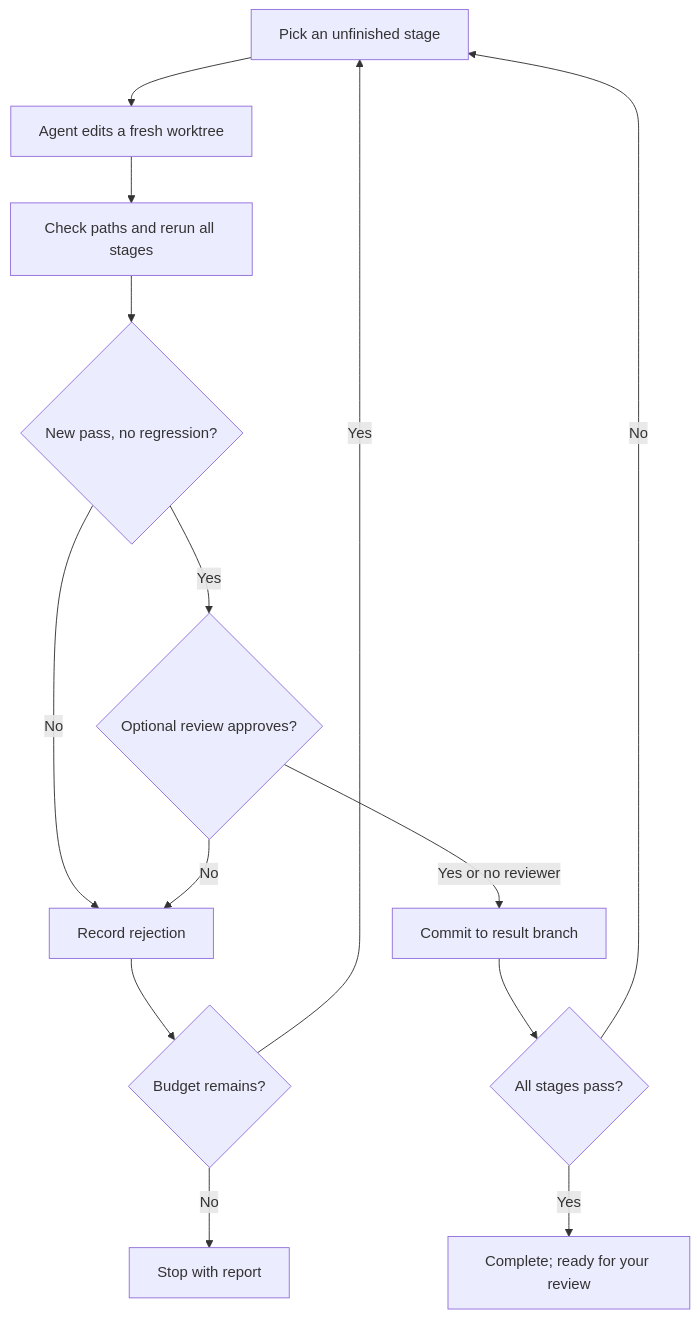
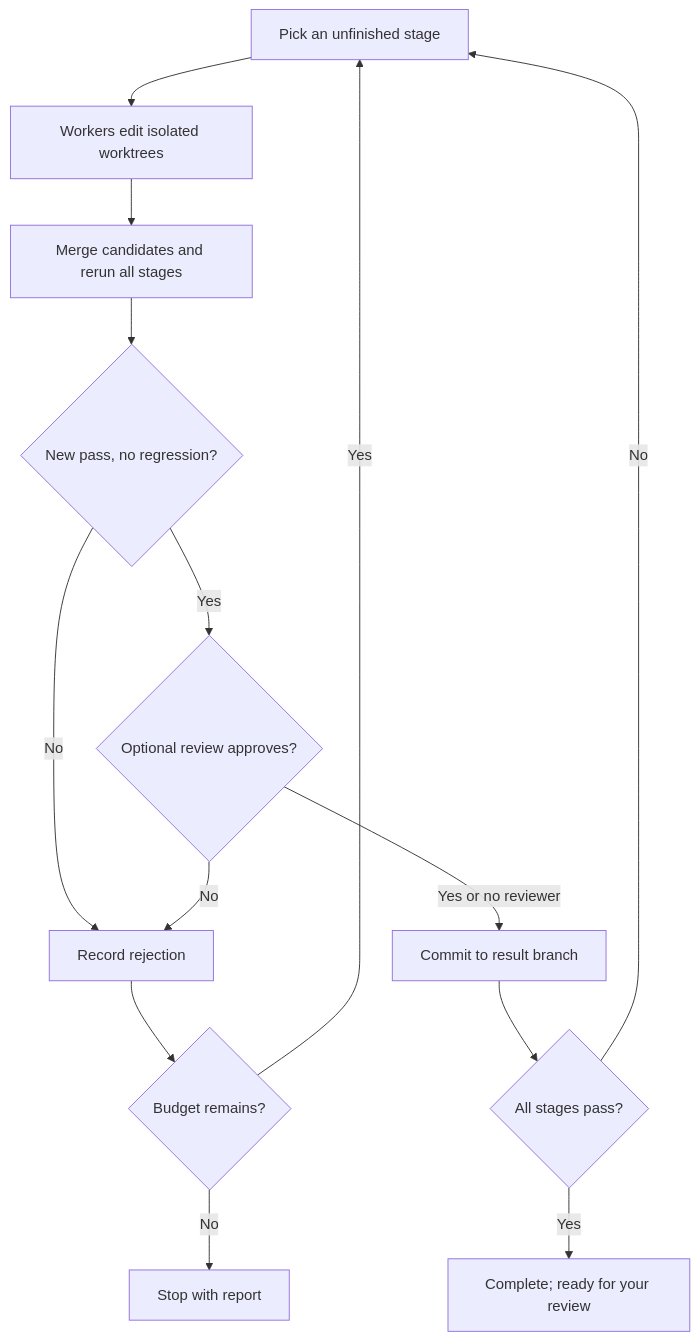
The diagram in README.md (IreneXiaooo/proofloop), drawn with Mermaid before and after one commit. The commit also changed other lines of this file and 23 other files, not shown here.

````diff
--- a/README.md
+++ b/README.md
@@ -142,16 +155,16 @@
 ```mermaid
 flowchart TD
-    A["Pick an unfinished stage"] --> B["Agent edits a fresh worktree"]
-    B --> C["Check paths and rerun all stages"]
+    A["Pick an unfinished stage"] --> B["Workers edit isolated worktrees"]
+    B --> C["Merge candidates and rerun all stages"]
     C --> D{"New pass, no regression?"}
     D -->|No| E["Record rejection"]
     D -->|Yes| F{"Optional review approves?"}
     F -->|No| E
     F -->|Yes or no reviewer| G["Commit to result branch"]
     E --> H{"Budget remains?"}
     G --> I{"All stages pass?"}
     H -->|Yes| A
     H -->|No| J["Stop with report"]
     I -->|No| A
     I -->|Yes| K["Complete; ready for your review"]
 ```
````
